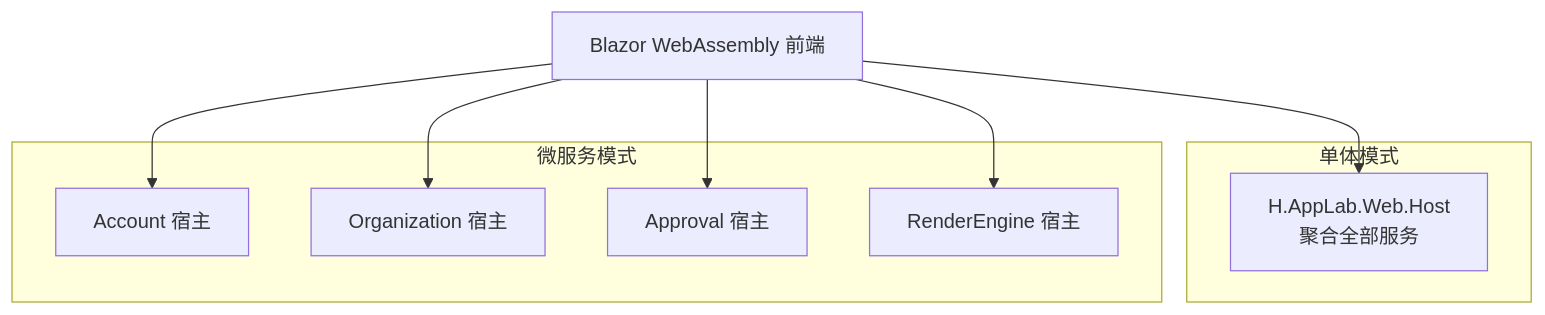
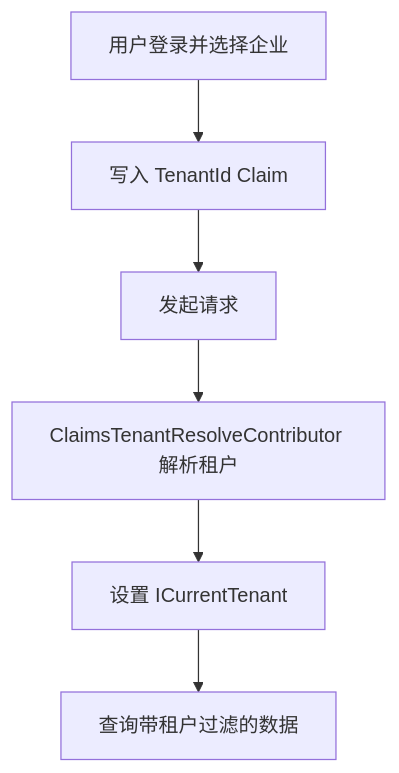
One commit to openlowcodelab/lowcode changed the tenth of 11 diagrams in .qoder/repowiki/zh/content/架构设计/架构设计.md. Above: the diagram before and after it, drawn with Mermaid. The commit also changed other lines of this file and 223 other files, not shown here.

````diff
--- a/.qoder/repowiki/zh/content/架构设计/架构设计.md
+++ b/.qoder/repowiki/zh/content/架构设计/架构设计.md
@@ -357,19 +496,8 @@
 ```mermaid
-graph TB
-    subgraph "单体模式"
-        AllHost["H.AppLab.Web.Host<br/>聚合全部服务"]
-    end
-
-    subgraph "微服务模式"
-        AccountHost["Account 宿主"]
-        OrgHost["Organization 宿主"]
-        ApprovalHost["Approval 宿主"]
-        RenderEngineHost["RenderEngine 宿主"]
-    end
-
-    Frontend["Blazor WebAssembly 前端"] --> AllHost
-    Frontend --> AccountHost
-    Frontend --> OrgHost
-    Frontend --> ApprovalHost
-    Frontend --> RenderEngineHost
+flowchart TD
+    Login["用户登录并选择企业"] --> SetClaim["写入 TenantId Claim"]
+    SetClaim --> Request["发起请求"]
+    Request --> Resolve["ClaimsTenantResolveContributor 解析租户"]
+    Resolve --> CurrentTenant["设置 ICurrentTenant"]
+    CurrentTenant --> Query["查询带租户过滤的数据"]
 ```
````
